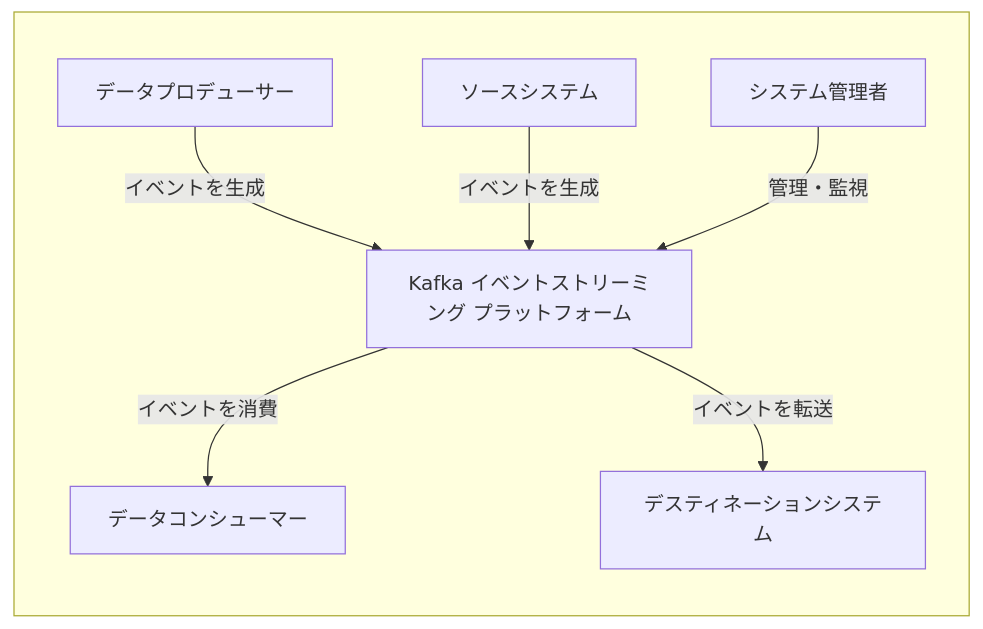
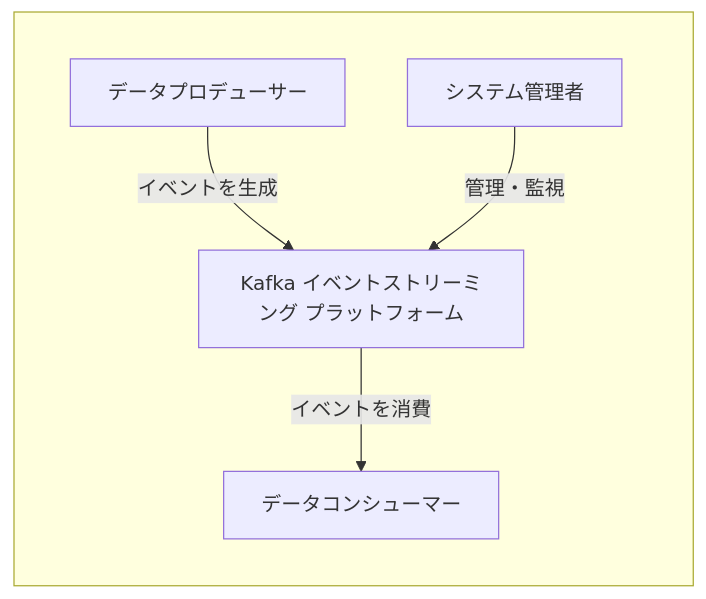
Before and after one commit to suwa-sh/zenn-contents: the first of 5 diagrams in articles/kafka_20250928.md, drawn with Mermaid. The commit also changed other lines of this file, not shown here.

````diff
--- a/articles/kafka_20250928.md
+++ b/articles/kafka_20250928.md
@@ -68,17 +68,13 @@
 ```mermaid
 graph TD
     subgraph " "
         direction TB
         actor_producer["データプロデューサー"]
         actor_consumer["データコンシューマー"]
         actor_admin["システム管理者"]
-        system_source["ソースシステム"]
-        system_destination["デスティネーションシステム"]
         kafka_platform["Kafka イベントストリーミング プラットフォーム"]
     end
     actor_producer --> |イベントを生成| kafka_platform
-    system_source --> |イベントを生成| kafka_platform
     kafka_platform --> |イベントを消費| actor_consumer
-    kafka_platform --> |イベントを転送| system_destination
     actor_admin --> |管理・監視| kafka_platform
 ```
````
